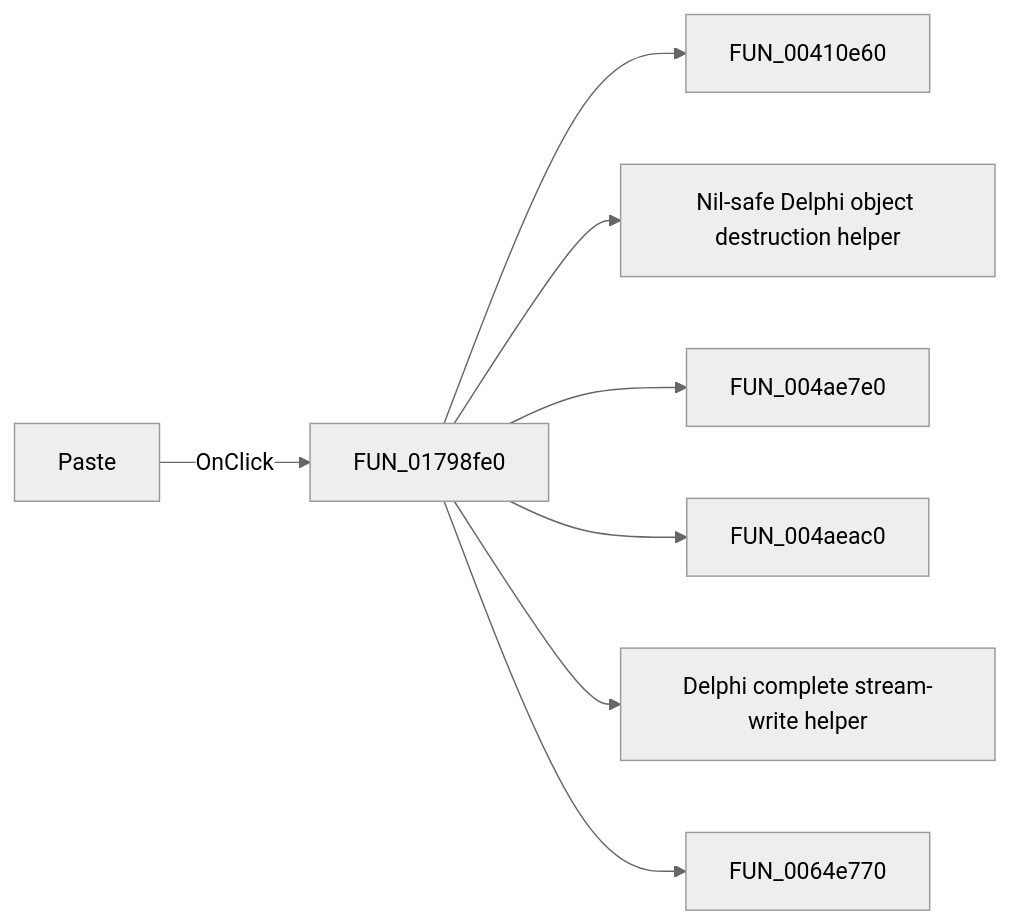
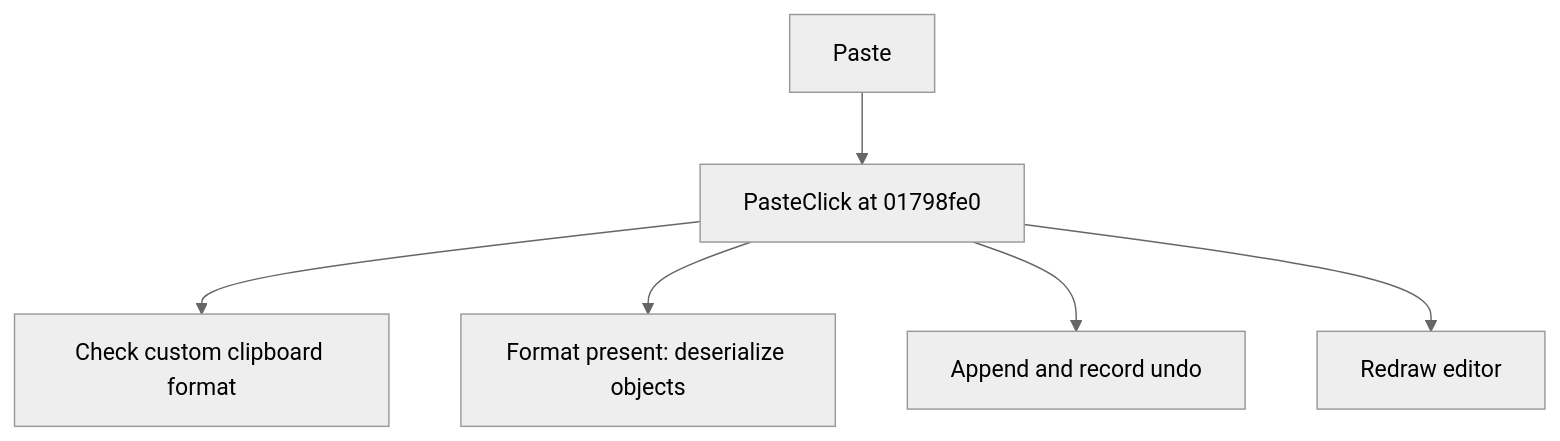
One commit to MovGP0/TIARA changed the diagram in docs/ui-controls/shapeedit/sbpaste-784ea8ff51.md. Above: the diagram before and after it, drawn with Mermaid (neutral theme). The commit also changed other lines of this file and 1062 other files, not shown here.

````diff
--- a/docs/ui-controls/shapeedit/sbpaste-784ea8ff51.md
+++ b/docs/ui-controls/shapeedit/sbpaste-784ea8ff51.md
@@ -27,10 +27,8 @@
 ```mermaid
-flowchart LR
-    control["Paste"] -->|OnClick| handler["FUN_01798fe0"]
-    handler --> call1["FUN_00410e60"]
-    handler --> call2["Nil-safe Delphi object destruction helper"]
-    handler --> call3["FUN_004ae7e0"]
-    handler --> call4["FUN_004aeac0"]
-    handler --> call5["Delphi complete stream-write helper"]
-    handler --> call6["FUN_0064e770"]
+flowchart TD
+    control["Paste"] --> handler["PasteClick at 01798fe0"]
+    handler --> step1["Check custom clipboard format"]
+    handler --> step2["Format present: deserialize objects"]
+    handler --> step3["Append and record undo"]
+    handler --> step4["Redraw editor"]
 ```
````
